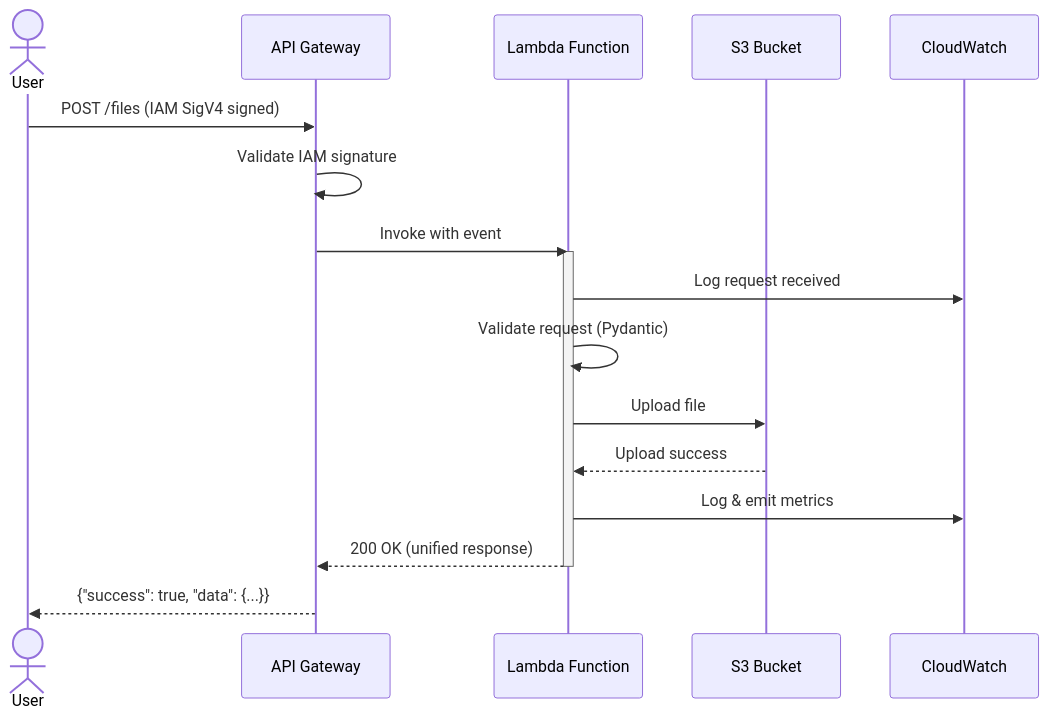
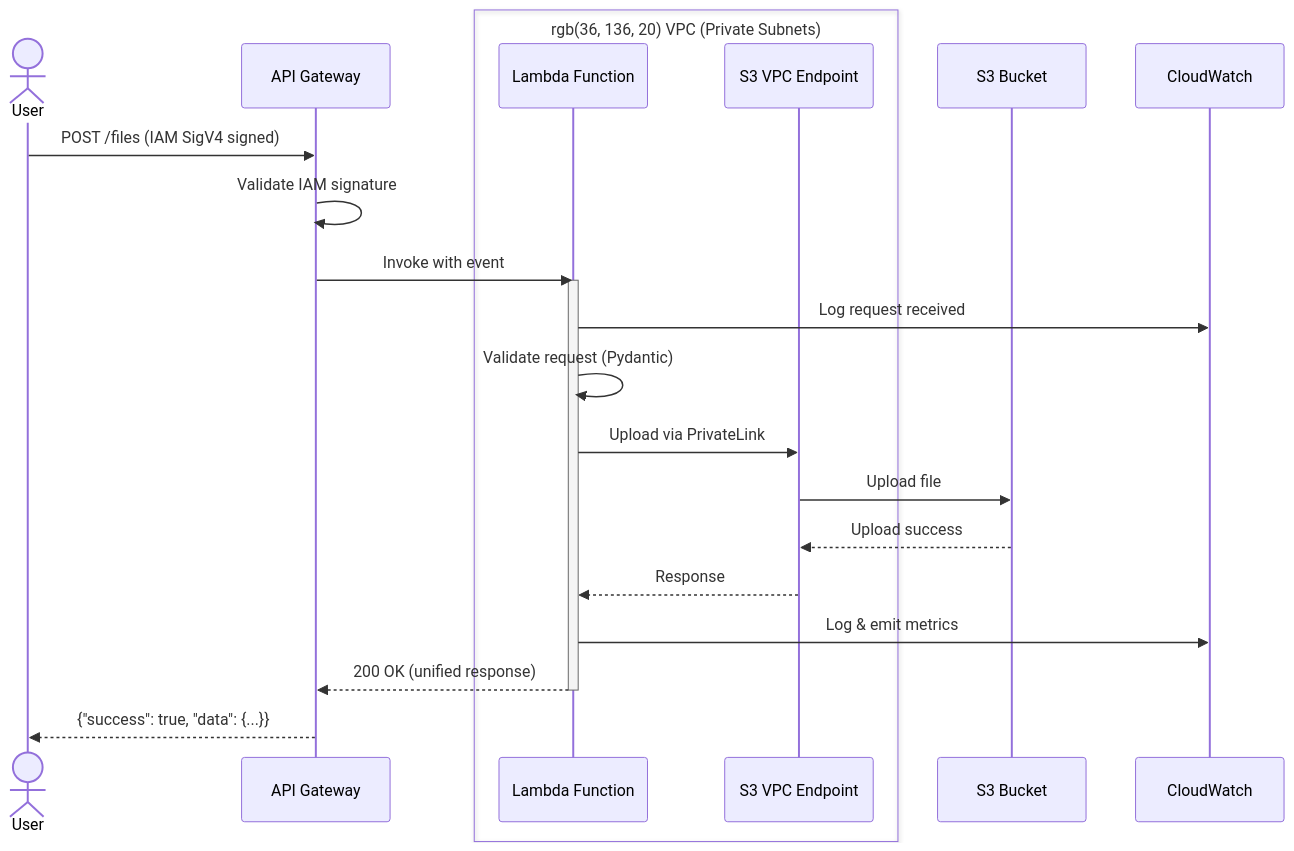
The second of 3 diagrams in README.md (shotah/aws_fastapi_template), drawn with Mermaid before and after one commit. The commit also changed other lines of this file and 3 other files, not shown here.

````diff
--- a/README.md
+++ b/README.md
@@ -58,21 +77,26 @@
 ```mermaid
 sequenceDiagram
     actor User
     participant APIGW as API Gateway
-    participant Lambda as Lambda Function
+    box rgb(36, 136, 20) VPC (Private Subnets)
+        participant Lambda as Lambda Function
+        participant VPCE as S3 VPC Endpoint
+    end
     participant S3 as S3 Bucket
     participant CW as CloudWatch
 
     User->>APIGW: POST /files (IAM SigV4 signed)
     APIGW->>APIGW: Validate IAM signature
     APIGW->>Lambda: Invoke with event
     activate Lambda
     Lambda->>CW: Log request received
     Lambda->>Lambda: Validate request (Pydantic)
-    Lambda->>S3: Upload file
-    S3-->>Lambda: Upload success
+    Lambda->>VPCE: Upload via PrivateLink
+    VPCE->>S3: Upload file
+    S3-->>VPCE: Upload success
+    VPCE-->>Lambda: Response
     Lambda->>CW: Log & emit metrics
     Lambda-->>APIGW: 200 OK (unified response)
     deactivate Lambda
     APIGW-->>User: {"success": true, "data": {...}}
 ```
````
